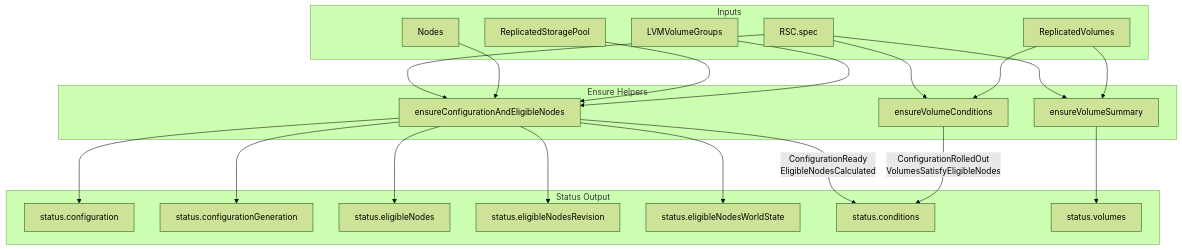
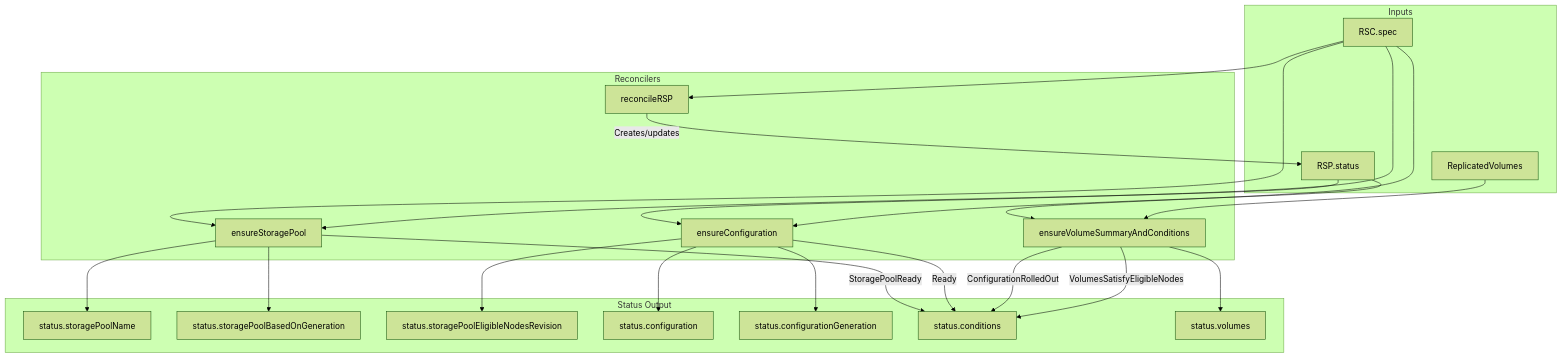
Before and after one commit to deckhouse/sds-replicated-volume: the second of 2 diagrams in images/controller/internal/controllers/rsc_controller/README.md, drawn with Mermaid (forest theme). The commit also changed other lines of this file and 41 other files, not shown here.

````diff
--- a/images/controller/internal/controllers/rsc_controller/README.md
+++ b/images/controller/internal/controllers/rsc_controller/README.md
@@ -154,48 +210,47 @@
 ```mermaid
 flowchart TD
     subgraph inputs [Inputs]
-        RSC[RSC.spec]
-        Nodes[Nodes]
-        RSP[ReplicatedStoragePool]
-        LVGs[LVMVolumeGroups]
+        RSCSpec[RSC.spec]
+        RSP[RSP.status]
         RVs[ReplicatedVolumes]
     end
 
-    subgraph ensure [Ensure Helpers]
-        EnsureConfig[ensureConfigurationAndEligibleNodes]
-        EnsureVols[ensureVolumeSummary]
-        EnsureVolConds[ensureVolumeConditions]
+    subgraph reconcilers [Reconcilers]
+        ReconcileRSP[reconcileRSP]
+        EnsureStoragePool[ensureStoragePool]
+        EnsureConfig[ensureConfiguration]
+        EnsureVols[ensureVolumeSummaryAndConditions]
     end
 
     subgraph status [Status Output]
+        StoragePoolName[status.storagePoolName]
+        StoragePoolGen[status.storagePoolBasedOnGeneration]
+        EligibleRev[status.storagePoolEligibleNodesRevision]
         Config[status.configuration]
         ConfigGen[status.configurationGeneration]
-        EN[status.eligibleNodes]
-        ENRev[status.eligibleNodesRevision]
-        WorldState[status.eligibleNodesWorldState]
         Conds[status.conditions]
         Vol[status.volumes]
     end
 
-    RSC --> EnsureConfig
-    Nodes --> EnsureConfig
+    RSCSpec --> ReconcileRSP
+    ReconcileRSP -->|Creates/updates| RSP
+
+    RSCSpec --> EnsureStoragePool
+    RSP --> EnsureStoragePool
+    EnsureStoragePool --> StoragePoolName
+    EnsureStoragePool --> StoragePoolGen
+    EnsureStoragePool -->|StoragePoolReady| Conds
+
+    RSCSpec --> EnsureConfig
     RSP --> EnsureConfig
-    LVGs --> EnsureConfig
-
     EnsureConfig --> Config
     EnsureConfig --> ConfigGen
-    EnsureConfig --> EN
-    EnsureConfig --> ENRev
-    EnsureConfig --> WorldState
-    EnsureConfig -->|ConfigurationReady<br>EligibleNodesCalculated| Conds
+    EnsureConfig --> EligibleRev
+    EnsureConfig -->|Ready| Conds
 
-    RSC --> EnsureVols
+    RSCSpec --> EnsureVols
     RVs --> EnsureVols
-
     EnsureVols --> Vol
-
-    RSC --> EnsureVolConds
-    RVs --> EnsureVolConds
-
-    EnsureVolConds -->|ConfigurationRolledOut<br>VolumesSatisfyEligibleNodes| Conds
+    EnsureVols -->|ConfigurationRolledOut| Conds
+    EnsureVols -->|VolumesSatisfyEligibleNodes| Conds
 ```
````
